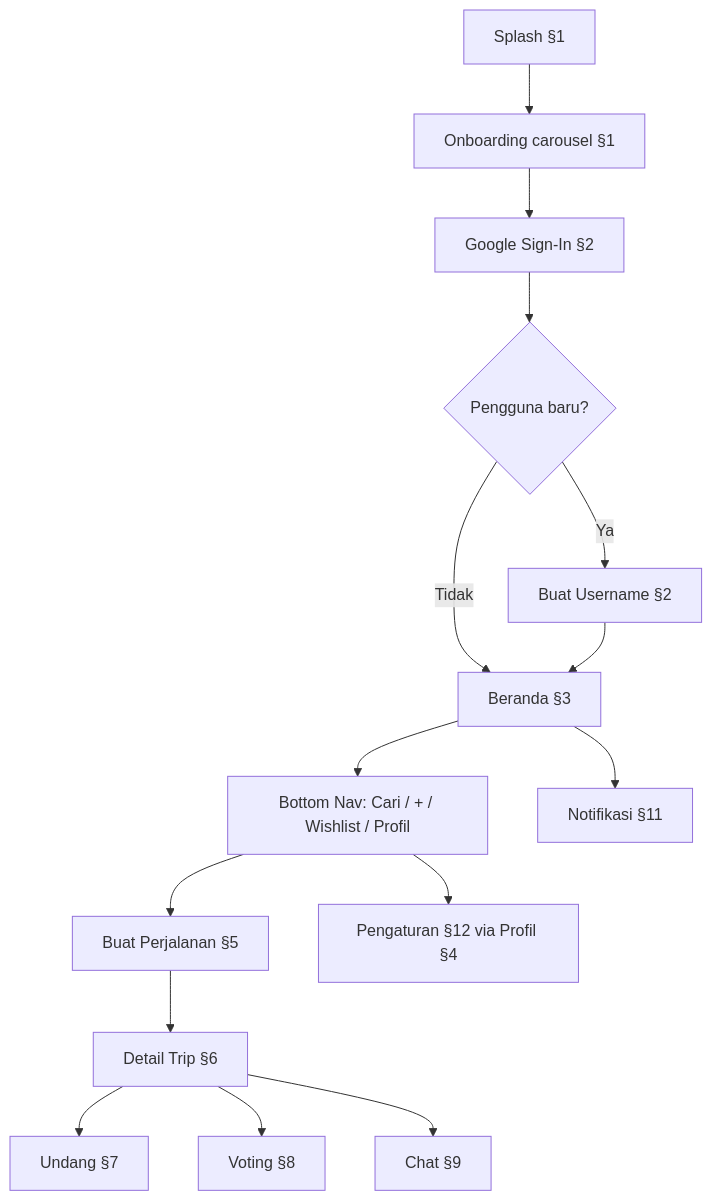
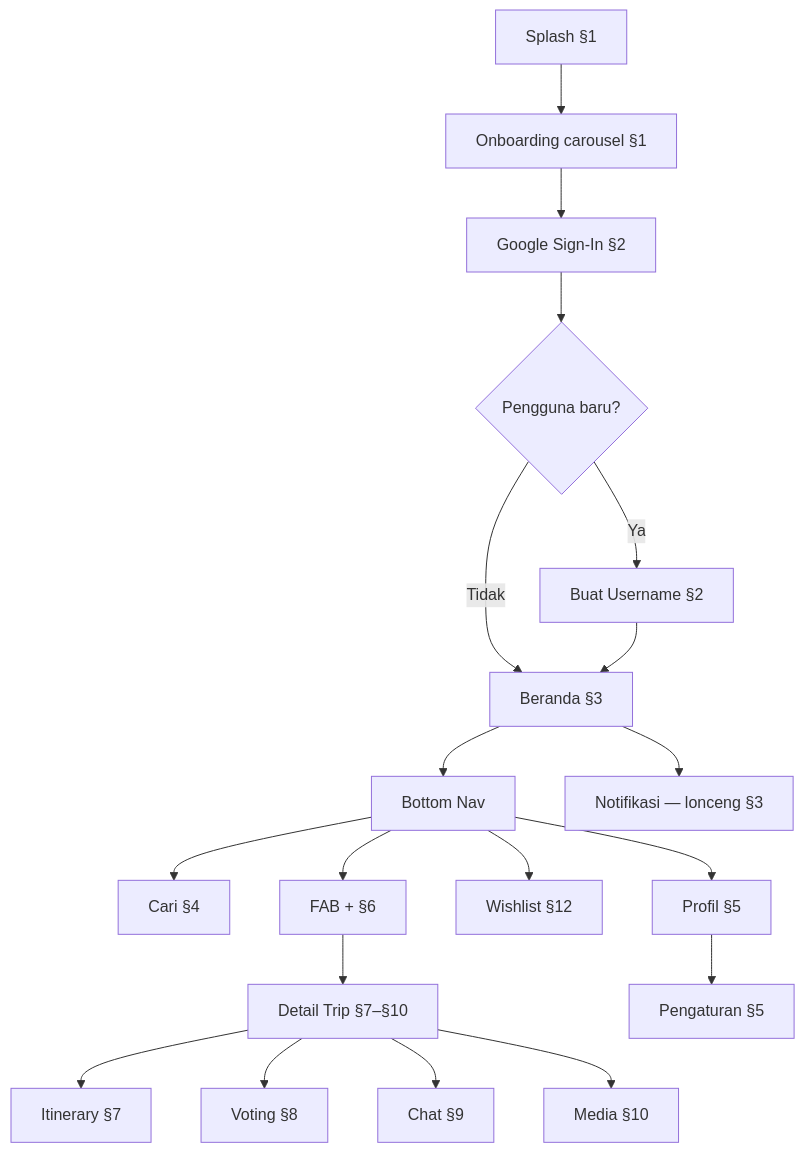
Before and after one commit to tondikii/sua-app: the diagram in docs/WORKFLOW.md, drawn with Mermaid. The commit also changed other lines of this file and 151 other files, not shown here.

````diff
--- a/docs/WORKFLOW.md
+++ b/docs/WORKFLOW.md
@@ -11,17 +22,21 @@
 ```mermaid
 flowchart TD
   A[Splash §1] --> B[Onboarding carousel §1]
   B --> C[Google Sign-In §2]
   C --> D{Pengguna baru?}
   D -->|Ya| E[Buat Username §2]
   D -->|Tidak| F[Beranda §3]
   E --> F
-  F --> G[Bottom Nav: Cari / + / Wishlist / Profil]
-  G --> H[Buat Perjalanan §5]
-  H --> I[Detail Trip §6]
-  I --> J[Undang §7]
-  I --> K[Voting §8]
-  I --> L[Chat §9]
-  F --> M[Notifikasi §11]
-  G --> N[Pengaturan §12 via Profil §4]
+  F --> G[Bottom Nav]
+  G --> G1[Cari §4]
+  G --> G2[FAB + §6]
+  G --> G3[Wishlist §12]
+  G --> G4[Profil §5]
+  G2 --> H[Detail Trip §7–§10]
+  H --> I[Itinerary §7]
+  H --> J[Voting §8]
+  H --> K[Chat §9]
+  H --> L[Media §10]
+  F --> M[Notifikasi — lonceng §3]
+  G4 --> N[Pengaturan §5]
 ```
````
